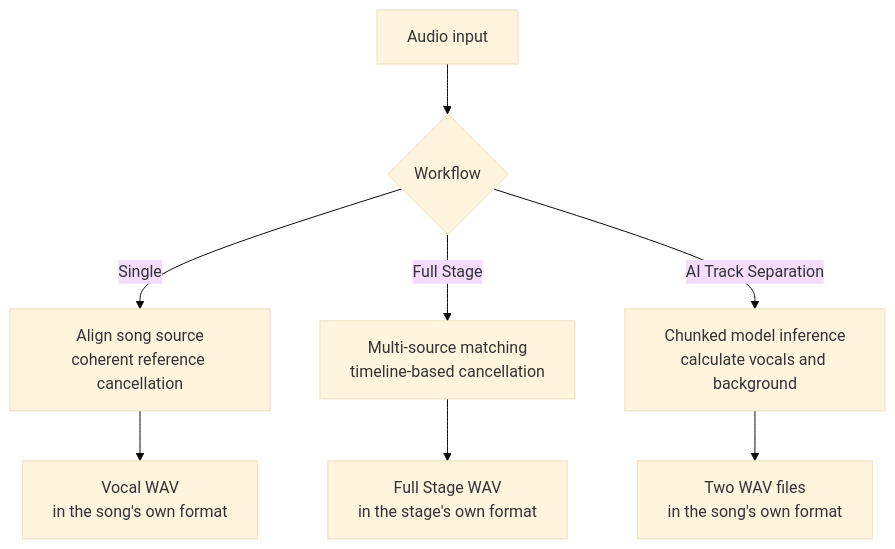
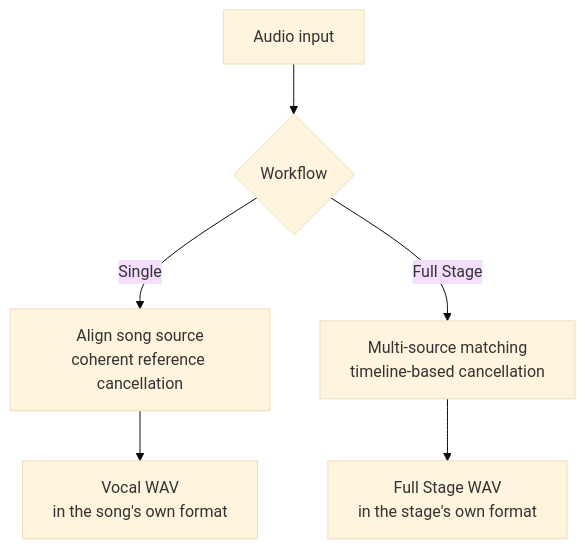
One commit to ChouChiu/Purivox changed the third of 4 diagrams in docs/en/architecture.md. Above: the diagram before and after it, drawn with Mermaid (base theme). The commit also changed other lines of this file and 46 other files, not shown here.

````diff
--- a/docs/en/architecture.md
+++ b/docs/en/architecture.md
@@ -134,10 +133,8 @@
 ```mermaid
 flowchart TB
     input["Audio input"] --> choice{"Workflow"}
     choice -->|Single| mr["Align song source<br/>coherent reference cancellation"]
     choice -->|Full Stage| stage["Multi-source matching<br/>timeline-based cancellation"]
-    choice -->|AI Track Separation| ai["Chunked model inference<br/>calculate vocals and background"]
     mr --> mrout["Vocal WAV<br/>in the song's own format"]
     stage --> stageout["Full Stage WAV<br/>in the stage's own format"]
-    ai --> aiout["Two WAV files<br/>in the song's own format"]
 ```
````
